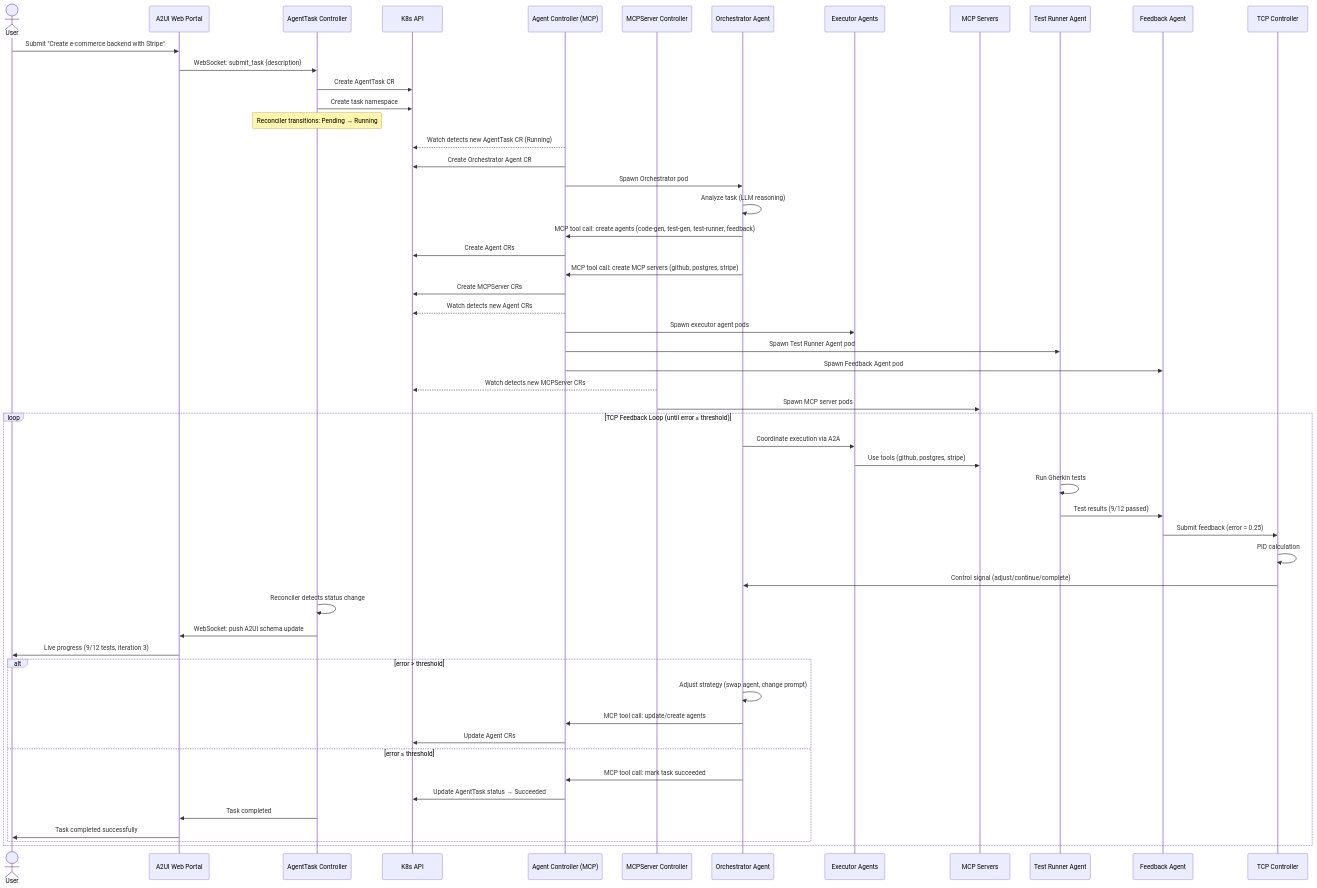
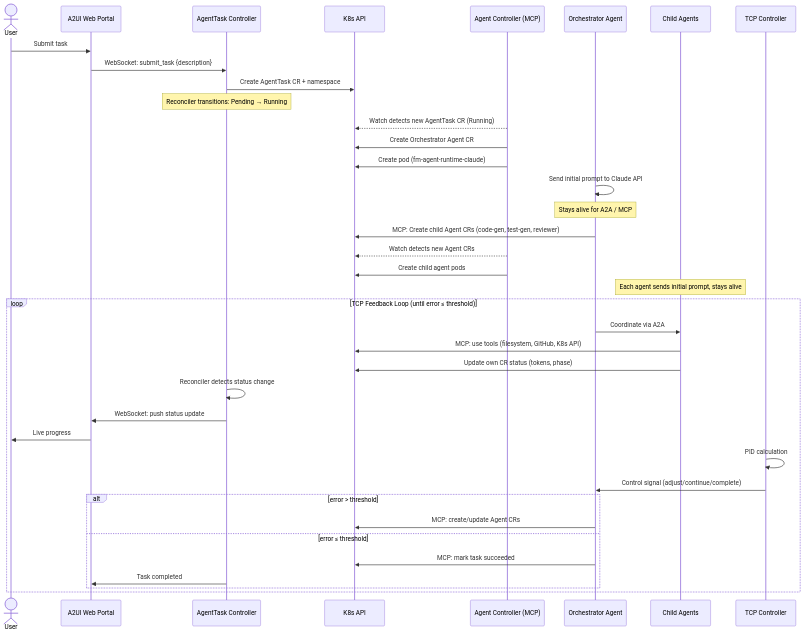
The third of 3 diagrams in docs/arch/05-k8s-deployment.md (dshcherbatiuk/forgemaster), drawn with Mermaid before and after one commit. The commit also changed other lines of this file and 1 other file, not shown here.

First line of the commit message:
fix: Update arch docs to match current architecture

````diff
--- a/docs/arch/05-k8s-deployment.md
+++ b/docs/arch/05-k8s-deployment.md
@@ -398,63 +146,50 @@
 ```mermaid
 sequenceDiagram
     actor U as User
     participant WEB as A2UI Web Portal
     participant ATC as AgentTask Controller
     participant API as K8s API
     participant AGC as Agent Controller (MCP)
-    participant MCPC as MCPServer Controller
     participant OA as Orchestrator Agent
-    participant EX as Executor Agents
-    participant MCP as MCP Servers
-    participant TRA as Test Runner Agent
-    participant FBA as Feedback Agent
+    participant Agents as Child Agents
     participant TCPC as TCP Controller
 
-    U->>WEB: Submit "Create e-commerce backend with Stripe"
+    U->>WEB: Submit task
     WEB->>ATC: WebSocket: submit_task {description}
-    ATC->>API: Create AgentTask CR
-    ATC->>API: Create task namespace
+    ATC->>API: Create AgentTask CR + namespace
 
     Note over ATC: Reconciler transitions: Pending → Running
 
     AGC-->>API: Watch detects new AgentTask CR (Running)
     AGC->>API: Create Orchestrator Agent CR
-    AGC->>OA: Spawn Orchestrator pod
+    AGC->>API: Create pod (fm-agent-runtime-claude)
 
-    OA->>OA: Analyze task (LLM reasoning)
-    OA->>AGC: MCP tool call: create agents (code-gen, test-gen, test-runner, feedback)
-    AGC->>API: Create Agent CRs
-    OA->>AGC: MCP tool call: create MCP servers (github, postgres, stripe)
-    AGC->>API: Create MCPServer CRs
+    OA->>OA: Send initial prompt to Claude API
+    Note over OA: Stays alive for A2A / MCP
+
+    OA->>API: MCP: Create child Agent CRs (code-gen, test-gen, reviewer)
     AGC-->>API: Watch detects new Agent CRs
-    AGC->>EX: Spawn executor agent pods
-    AGC->>TRA: Spawn Test Runner Agent pod
-    AGC->>FBA: Spawn Feedback Agent pod
-    MCPC-->>API: Watch detects new MCPServer CRs
-    MCPC->>MCP: Spawn MCP server pods
+    AGC->>API: Create child agent pods
+
+    Note over Agents: Each agent sends initial prompt, stays alive
 
     loop TCP Feedback Loop (until error ≤ threshold)
-        OA->>EX: Coordinate execution via A2A
-        EX->>MCP: Use tools (github, postgres, stripe)
-        TRA->>TRA: Run Gherkin tests
-        TRA->>FBA: Test results (9/12 passed)
-        FBA->>TCPC: Submit feedback (error = 0.25)
+        OA->>Agents: Coordinate via A2A
+        Agents->>API: MCP: use tools (filesystem, GitHub, K8s API)
+        Agents->>API: Update own CR status (tokens, phase)
+
+        ATC->>ATC: Reconciler detects status change
+        ATC->>WEB: WebSocket: push status update
+        WEB->>U: Live progress
+
         TCPC->>TCPC: PID calculation
         TCPC->>OA: Control signal (adjust/continue/complete)
 
-        ATC->>ATC: Reconciler detects status change
-        ATC->>WEB: WebSocket: push A2UI schema update
-        WEB->>U: Live progress (9/12 tests, iteration 3)
-
         alt error > threshold
-            OA->>OA: Adjust strategy (swap agent, change prompt)
-            OA->>AGC: MCP tool call: update/create agents
-            AGC->>API: Update Agent CRs
+            OA->>API: MCP: create/update Agent CRs
         else error ≤ threshold
-            OA->>AGC: MCP tool call: mark task succeeded
-            AGC->>API: Update AgentTask status → Succeeded
+            OA->>API: MCP: mark task succeeded
             ATC->>WEB: Task completed
-            WEB->>U: Task completed successfully
         end
     end
 ```
````
